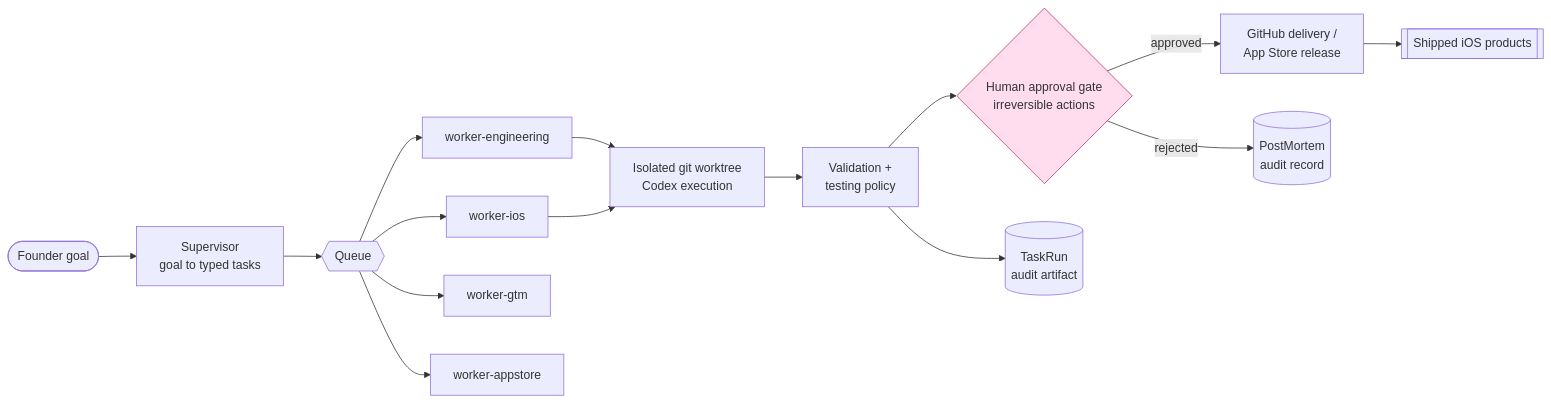
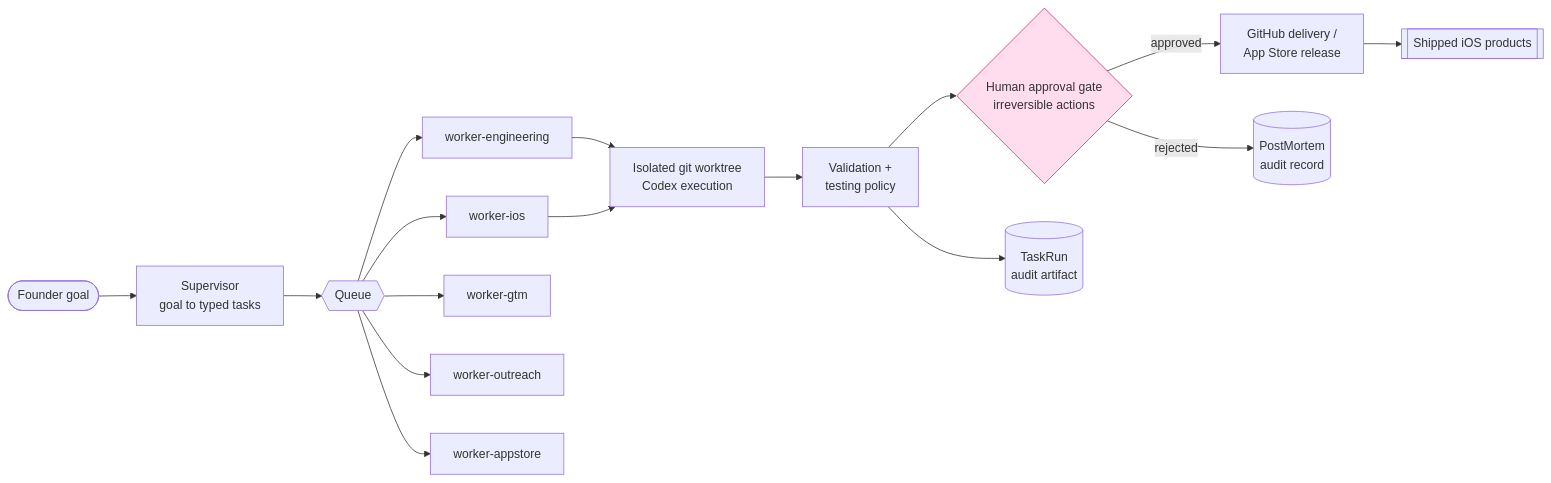
Before and after one commit to kashane1/ai-company-os: the diagram in README.md, drawn with Mermaid. The commit also changed other lines of this file and 19 other files, not shown here.

````diff
--- a/README.md
+++ b/README.md
@@ -28,20 +28,21 @@
 ```mermaid
 flowchart LR
     F([Founder goal]) --> S[Supervisor<br/>goal to typed tasks]
     S --> Q{{Queue}}
     Q --> WE[worker-engineering]
     Q --> WI[worker-ios]
     Q --> WG[worker-gtm]
+    Q --> WO[worker-outreach]
     Q --> WA[worker-appstore]
     WE --> WT[Isolated git worktree<br/>Codex execution]
     WI --> WT
     WT --> V[Validation +<br/>testing policy]
     V --> AP{Human approval gate<br/>irreversible actions}
     AP -- approved --> DL[GitHub delivery /<br/>App Store release]
     AP -- rejected --> PM[(PostMortem<br/>audit record)]
     V --> TR[(TaskRun<br/>audit artifact)]
     DL --> PR[[Shipped iOS products]]
 
     classDef gate fill:#fde,stroke:#b36;
     class AP gate;
 ```
````
